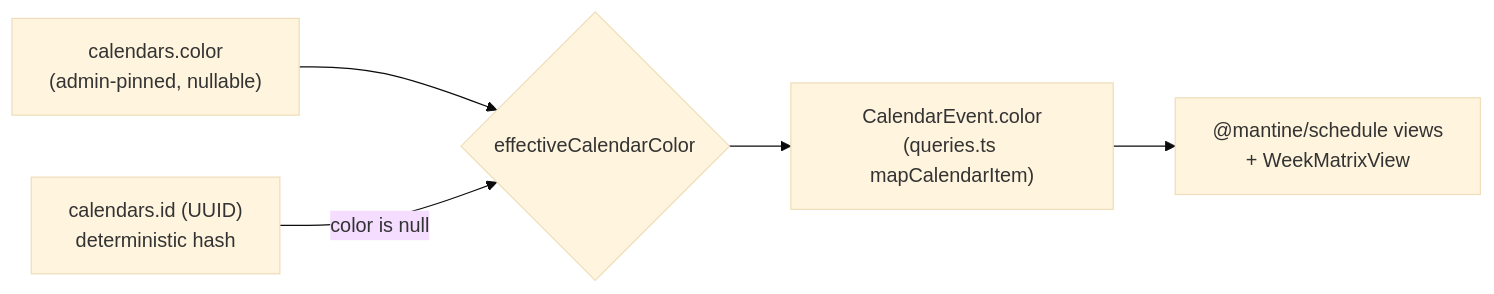
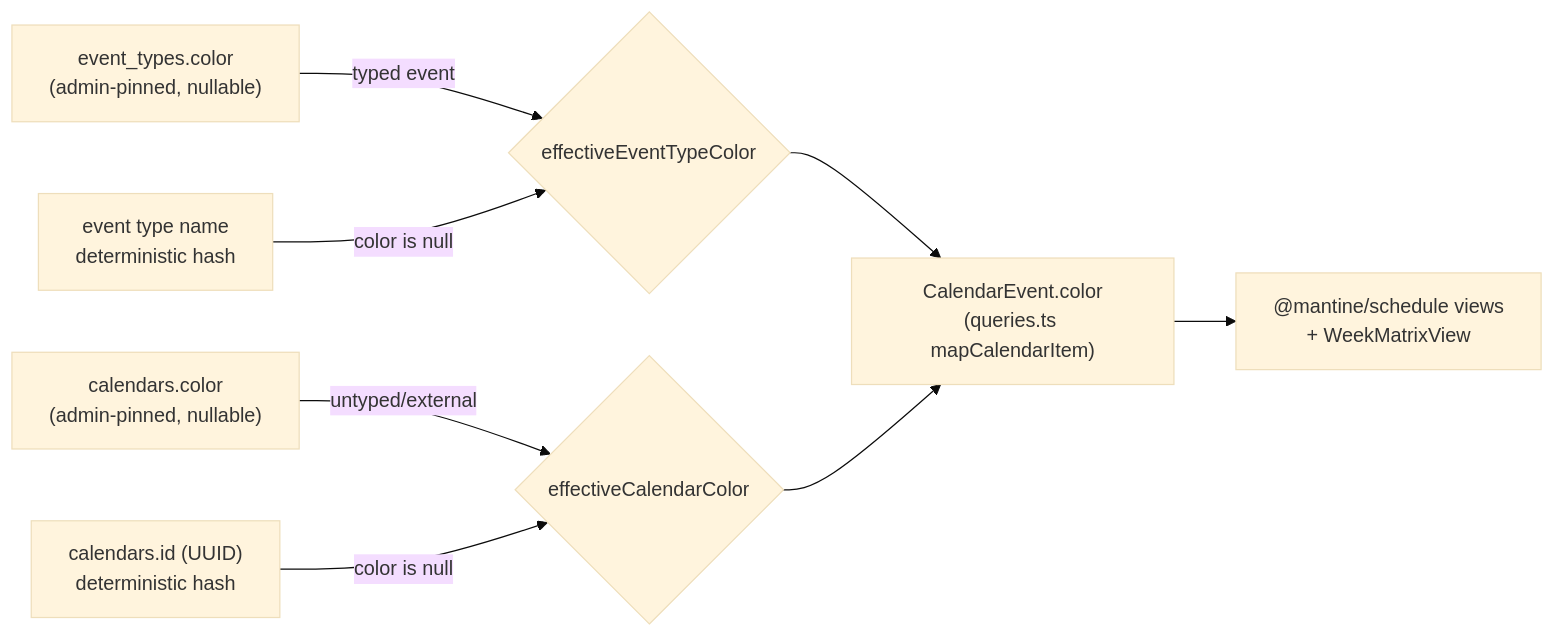
One commit to oncloudnintynineone-source/cloudy2 changed the third of 5 diagrams in docs/roster-sharing.md. Above: the diagram before and after it, drawn with Mermaid (base theme). The commit also changed other lines of this file and 23 other files, not shown here.

Commit message:
Pinned various headers in Calendar views

````diff
--- a/docs/roster-sharing.md
+++ b/docs/roster-sharing.md
@@ -208,7 +212,10 @@
 ```mermaid
 flowchart LR
-    P["calendars.color<br/>(admin-pinned, nullable)"] --> E{effectiveCalendarColor}
-    I["calendars.id (UUID)<br/>deterministic hash"] -->|"color is null"| E
-    E --> CE["CalendarEvent.color<br/>(queries.ts mapCalendarItem)"]
+    T["event_types.color<br/>(admin-pinned, nullable)"] -->|typed event| E1{effectiveEventTypeColor}
+    TN["event type name<br/>deterministic hash"] -->|"color is null"| E1
+    C["calendars.color<br/>(admin-pinned, nullable)"] -->|untyped/external| E2{effectiveCalendarColor}
+    CI["calendars.id (UUID)<br/>deterministic hash"] -->|"color is null"| E2
+    E1 --> CE["CalendarEvent.color<br/>(queries.ts mapCalendarItem)"]
+    E2 --> CE
     CE --> V["@mantine/schedule views<br/>+ WeekMatrixView"]
 ```
````
